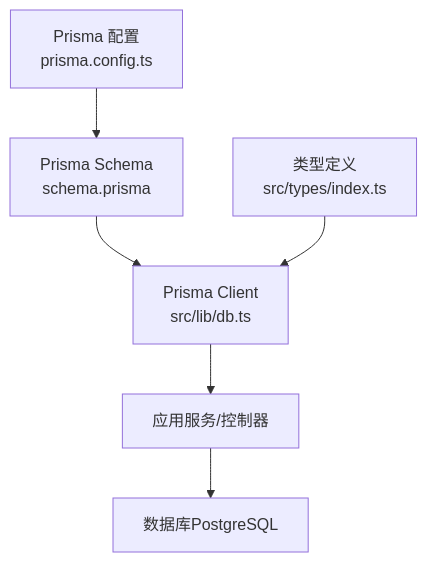
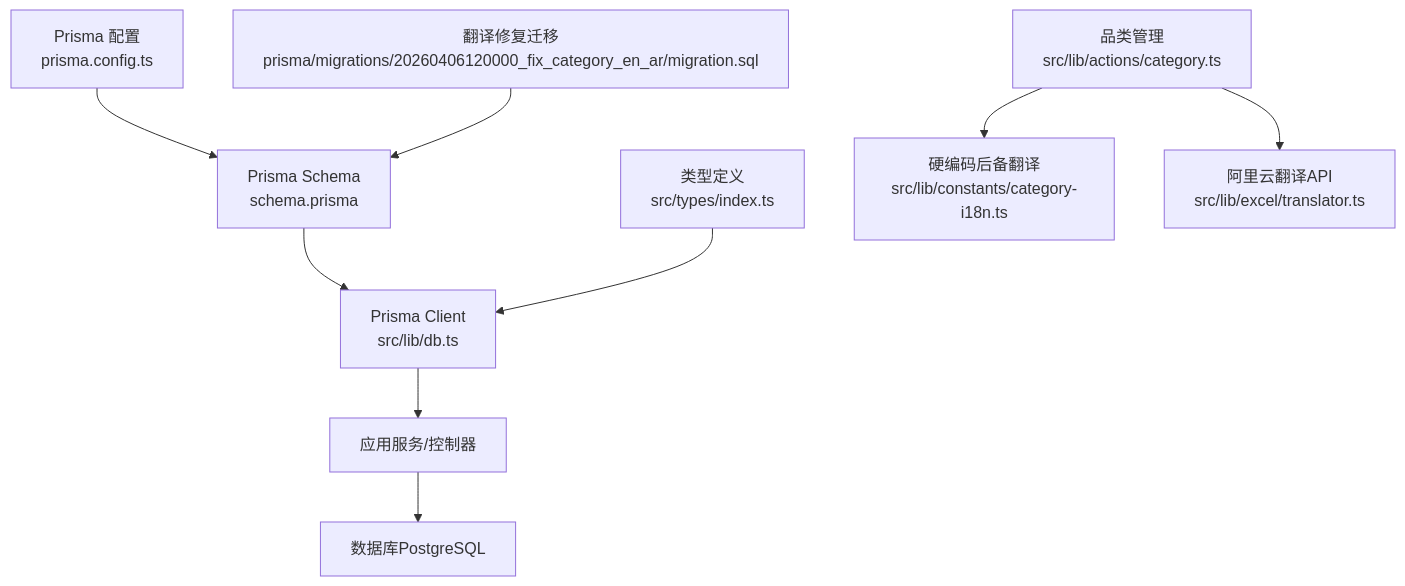
One commit to three3638-arch/celestia_2b changed the second of 5 diagrams in .qoder/repowiki/zh/content/数据库设计/数据库设计.md. Above: the diagram before and after it, drawn with Mermaid. The commit also changed other lines of this file and 8 other files, not shown here.

````diff
--- a/.qoder/repowiki/zh/content/数据库设计/数据库设计.md
+++ b/.qoder/repowiki/zh/content/数据库设计/数据库设计.md
@@ -146,8 +174,11 @@
 ```mermaid
 graph TB
 A["Prisma Schema<br/>schema.prisma"] --> B["Prisma Client<br/>src/lib/db.ts"]
 C["Prisma 配置<br/>prisma.config.ts"] --> A
 D["类型定义<br/>src/types/index.ts"] --> B
-B --> E["应用服务/控制器"]
-E --> F["数据库PostgreSQL"]
+E["品类管理<br/>src/lib/actions/category.ts"] --> F["硬编码后备翻译<br/>src/lib/constants/category-i18n.ts"]
+E --> G["阿里云翻译API<br/>src/lib/excel/translator.ts"]
+H["翻译修复迁移<br/>prisma/migrations/20260406120000_fix_category_en_ar/migration.sql"] --> A
+B --> I["应用服务/控制器"]
+I --> J["数据库PostgreSQL"]
 ```
````
